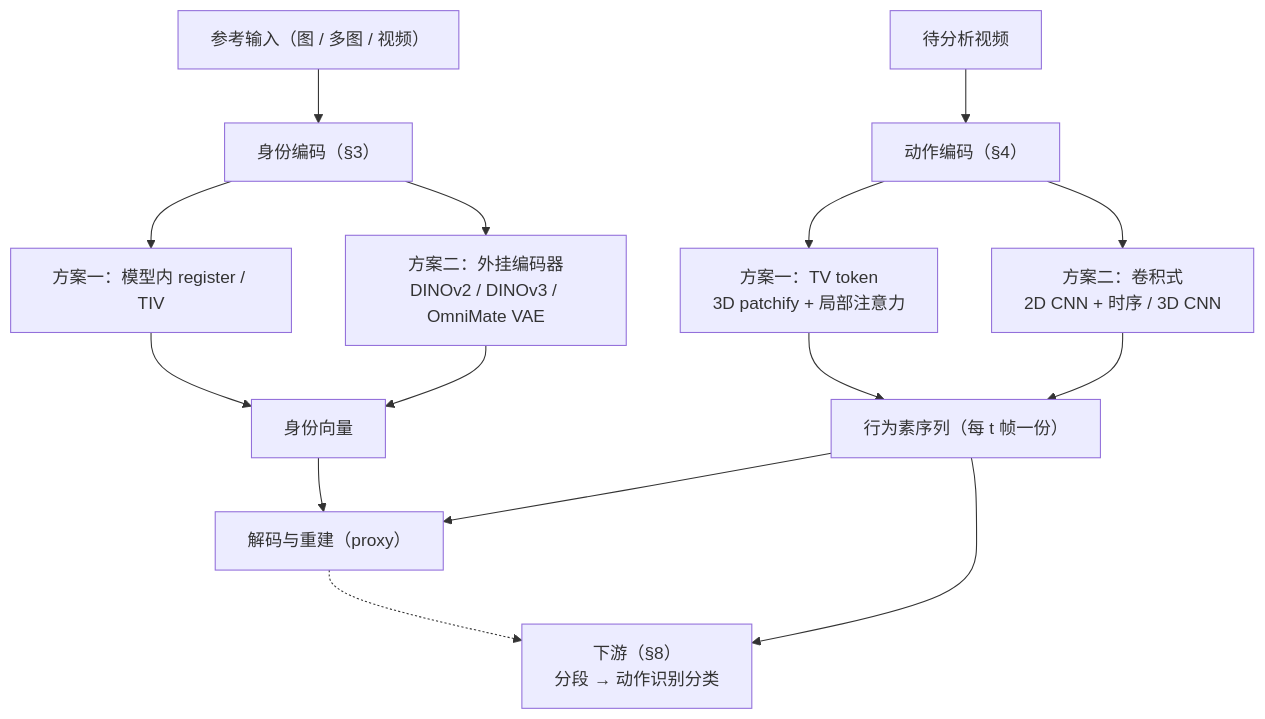
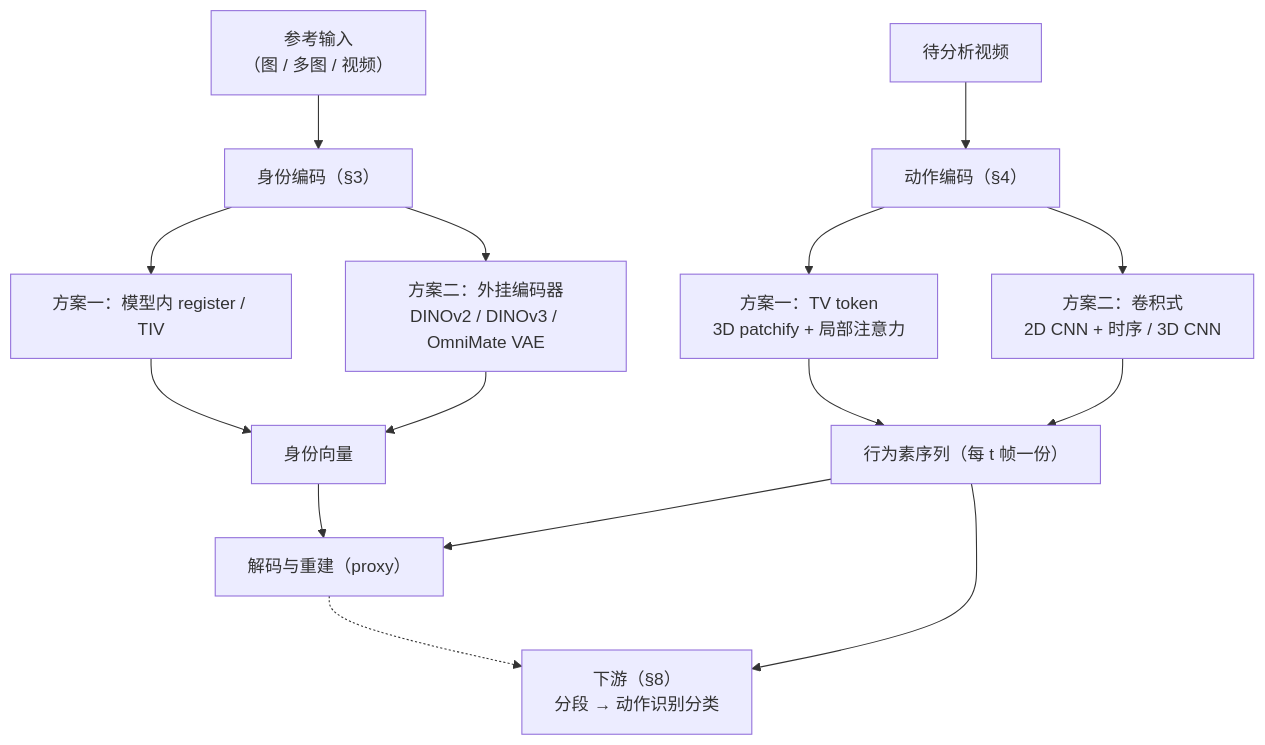
One commit to gongshangzheng/pet-action-recognition changed the first of 5 diagrams in management/docs/action-model-design.md. Above: the diagram before and after it, drawn with Mermaid. The commit also changed other lines of this file and 2 other files, not shown here.

Commit message:
docs: 术语纠正（TIV→身份潜变量、TV→行为素）+ Mermaid 标签主动换行（长标签加 <br/>，skill 写入「每行 ≤14 字」规则）

````diff
--- a/management/docs/action-model-design.md
+++ b/management/docs/action-model-design.md
@@ -28,20 +28,20 @@
 ```mermaid
 flowchart TB
-    REF["参考输入（图 / 多图 / 视频）"] --> IDC["身份编码（§3）"]
+    REF["参考输入<br/>（图 / 多图 / 视频）"] --> IDC["身份编码（§3）"]
     IDC --> ID1["方案一：模型内 register / TIV"]
     IDC --> ID2["方案二：外挂编码器<br/>DINOv2 / DINOv3 / OmniMate VAE"]
 
     VID["待分析视频"] --> ACC["动作编码（§4）"]
     ACC --> AC1["方案一：TV token<br/>3D patchify + 局部注意力"]
     ACC --> AC2["方案二：卷积式<br/>2D CNN + 时序 / 3D CNN"]
 
     ID1 --> WID["身份向量"]
     ID2 --> WID
     AC1 --> LAM["行为素序列（每 t 帧一份）"]
     AC2 --> LAM
 
     WID --> DEC["解码与重建（proxy）"]
     LAM --> DEC
     LAM --> DOWN["下游（§8）<br/>分段 → 动作识别分类"]
     DEC -.-> DOWN
 ```
````
